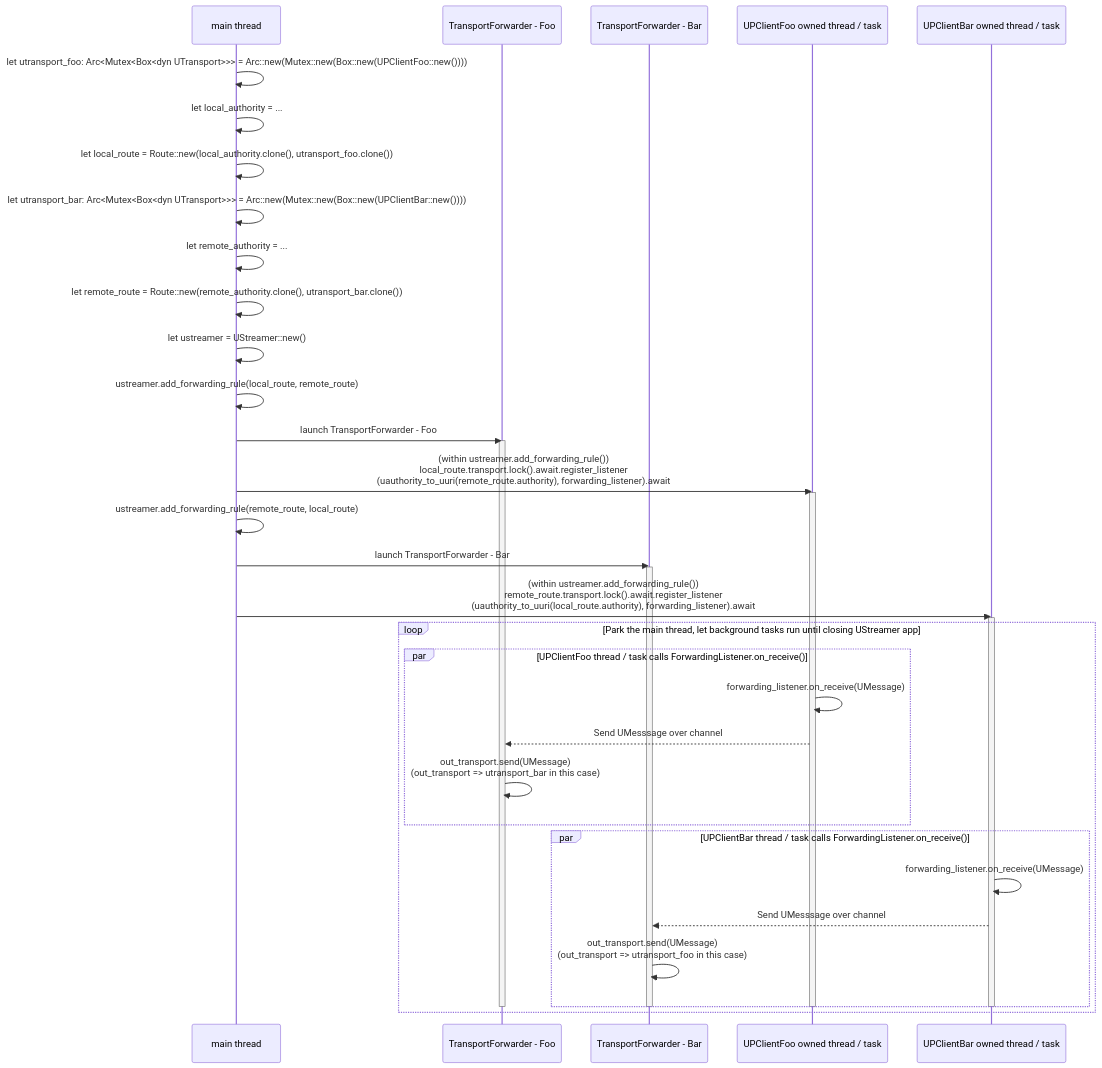
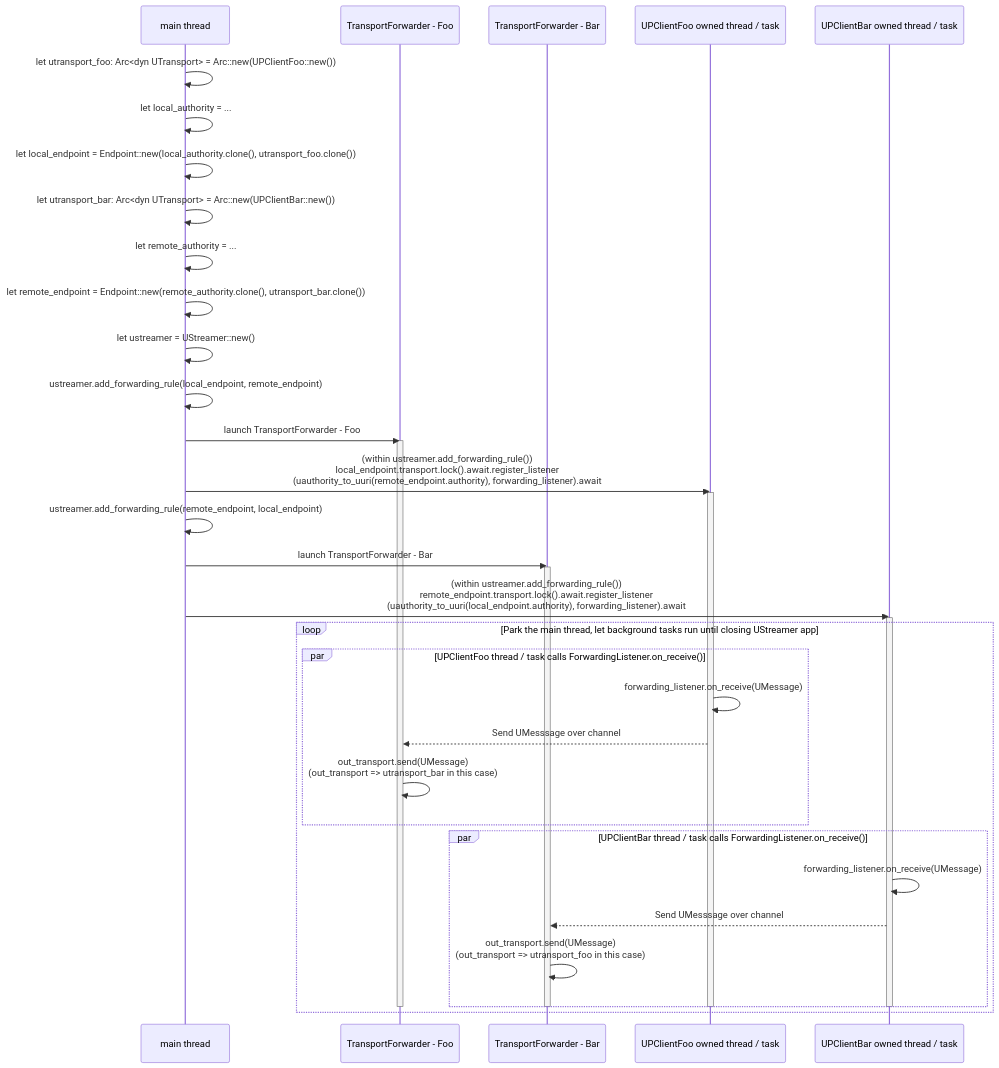
The diagram in README.md (PLeVasseur/up-streamer-rust), drawn with Mermaid before and after one commit. The commit also changed other lines of this file and 8 other files, not shown here.

````diff
--- a/README.md
+++ b/README.md
@@ -12,55 +12,55 @@
 ```mermaid
 sequenceDiagram 
     participant main thread
     participant TransportForwarder - Foo
     participant TransportForwarder - Bar
     participant UPClientFoo owned thread / task
     participant UPClientBar owned thread / task
 
-    main thread->>main thread: let utransport_foo: Arc<Mutex<Box<dyn UTransport>>> = Arc::new(Mutex::new(Box::new(UPClientFoo::new())))
+    main thread->>main thread: let utransport_foo: Arc<dyn UTransport> = Arc::new(UPClientFoo::new())
     main thread->>main thread: let local_authority = ...
-    main thread->>main thread: let local_route = Route::new(local_authority.clone(), utransport_foo.clone())
+    main thread->>main thread: let local_endpoint = Endpoint::new(local_authority.clone(), utransport_foo.clone())
 
-    main thread->>main thread: let utransport_bar: Arc<Mutex<Box<dyn UTransport>>> = Arc::new(Mutex::new(Box::new(UPClientBar::new())))
+    main thread->>main thread: let utransport_bar: Arc<dyn UTransport> = Arc::new(UPClientBar::new())
     main thread->>main thread: let remote_authority = ...
-    main thread->>main thread: let remote_route = Route::new(remote_authority.clone(), utransport_bar.clone())
+    main thread->>main thread: let remote_endpoint = Endpoint::new(remote_authority.clone(), utransport_bar.clone())
   
     main thread->>main thread: let ustreamer = UStreamer::new()
 
-    main thread->>main thread: ustreamer.add_forwarding_rule(local_route, remote_route)
+    main thread->>main thread: ustreamer.add_forwarding_rule(local_endpoint, remote_endpoint)
     main thread->>TransportForwarder - Foo: launch TransportForwarder - Foo
     activate TransportForwarder - Foo
-    main thread->>UPClientFoo owned thread / task: (within ustreamer.add_forwarding_rule()) <br> local_route.transport.lock().await.register_listener <br> (uauthority_to_uuri(remote_route.authority), forwarding_listener).await
+    main thread->>UPClientFoo owned thread / task: (within ustreamer.add_forwarding_rule()) <br> local_endpoint.transport.lock().await.register_listener <br> (uauthority_to_uuri(remote_endpoint.authority), forwarding_listener).await
     activate UPClientFoo owned thread / task
 
-    main thread->>main thread: ustreamer.add_forwarding_rule(remote_route, local_route)
+    main thread->>main thread: ustreamer.add_forwarding_rule(remote_endpoint, local_endpoint)
     main thread->>TransportForwarder - Bar: launch TransportForwarder - Bar
     activate TransportForwarder - Bar
-    main thread->>UPClientBar owned thread / task: (within ustreamer.add_forwarding_rule()) <br> remote_route.transport.lock().await.register_listener <br> (uauthority_to_uuri(local_route.authority), forwarding_listener).await
+    main thread->>UPClientBar owned thread / task: (within ustreamer.add_forwarding_rule()) <br> remote_endpoint.transport.lock().await.register_listener <br> (uauthority_to_uuri(local_endpoint.authority), forwarding_listener).await
     activate UPClientBar owned thread / task
 
     loop Park the main thread, let background tasks run until closing UStreamer app
 
         par UPClientFoo thread / task calls ForwardingListener.on_receive()
 
             UPClientFoo owned thread / task->>UPClientFoo owned thread / task: forwarding_listener.on_receive(UMessage)
             UPClientFoo owned thread / task-->>TransportForwarder - Foo: Send UMesssage over channel
             TransportForwarder - Foo->>TransportForwarder - Foo: out_transport.send(UMessage) <br> (out_transport => utransport_bar in this case)
 
         end
 
         par UPClientBar thread / task calls ForwardingListener.on_receive()
 
             UPClientBar owned thread / task->>UPClientBar owned thread / task: forwarding_listener.on_receive(UMessage)
             UPClientBar owned thread / task-->>TransportForwarder - Bar: Send UMesssage over channel
             TransportForwarder - Bar->>TransportForwarder - Bar: out_transport.send(UMessage) <br> (out_transport => utransport_foo in this case)
 
         end
 
         deactivate UPClientFoo owned thread / task
         deactivate UPClientBar owned thread / task
         deactivate TransportForwarder - Foo
         deactivate TransportForwarder - Bar
 
     end
 ```
````
